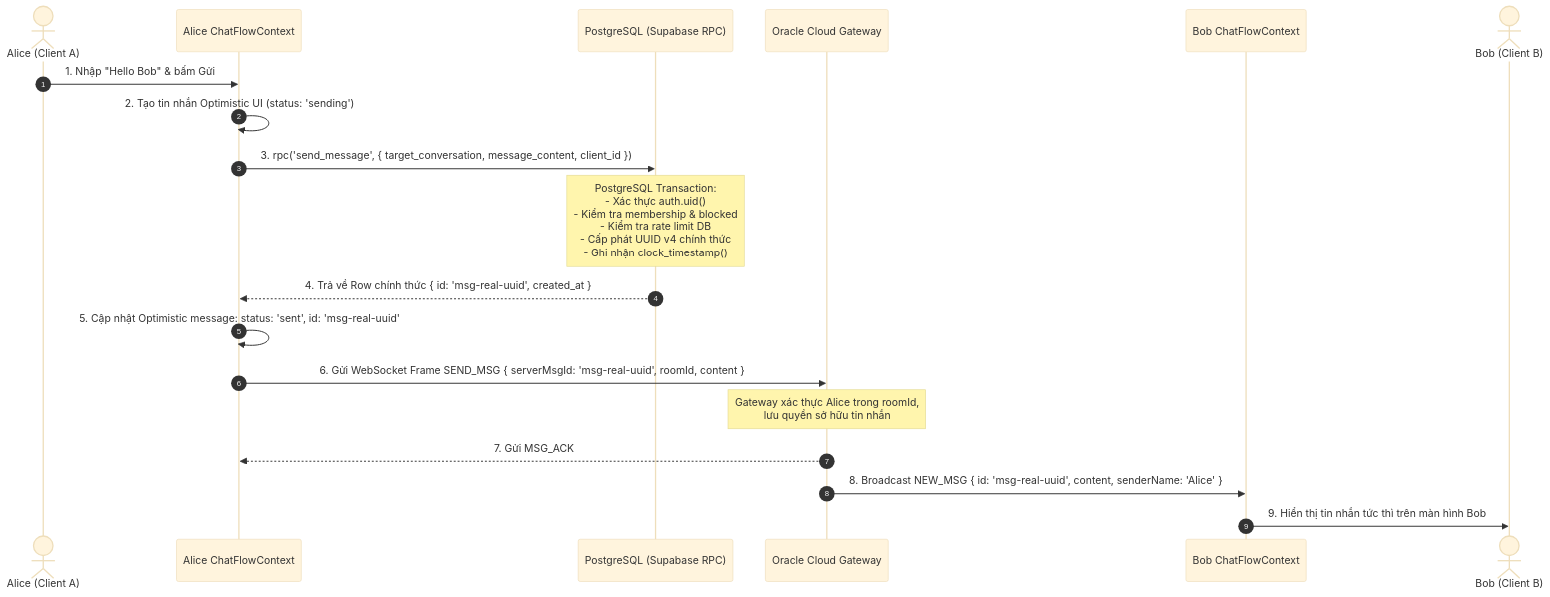
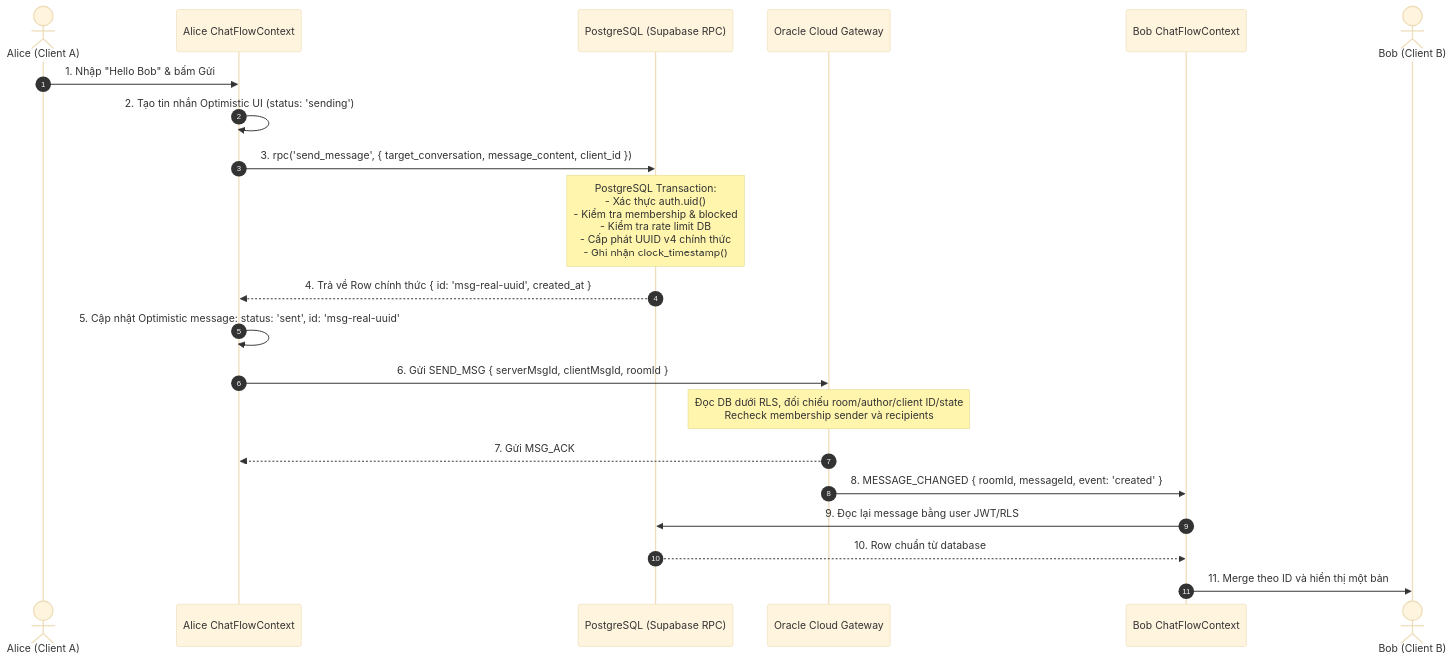
One commit to Asdb24/DoAnLapTrinhMang changed the second of 4 diagrams in README.md. Above: the diagram before and after it, drawn with Mermaid (base theme). The commit also changed other lines of this file and 42 other files, not shown here.

````diff
--- a/README.md
+++ b/README.md
@@ -112,22 +112,24 @@
 ```mermaid
 sequenceDiagram
     autonumber
     actor Alice as Alice (Client A)
     participant CtxA as Alice ChatFlowContext
     participant DB as PostgreSQL (Supabase RPC)
     participant GW as Oracle Cloud Gateway
     participant CtxB as Bob ChatFlowContext
     actor Bob as Bob (Client B)
 
     Alice->>CtxA: 1. Nhập "Hello Bob" & bấm Gửi
     CtxA->>CtxA: 2. Tạo tin nhắn Optimistic UI (status: 'sending')
     CtxA->>DB: 3. rpc('send_message', { target_conversation, message_content, client_id })
     Note over DB: PostgreSQL Transaction:<br/>- Xác thực auth.uid()<br/>- Kiểm tra membership & blocked<br/>- Kiểm tra rate limit DB<br/>- Cấp phát UUID v4 chính thức<br/>- Ghi nhận clock_timestamp()
     DB-->>CtxA: 4. Trả về Row chính thức { id: 'msg-real-uuid', created_at }
     CtxA->>CtxA: 5. Cập nhật Optimistic message: status: 'sent', id: 'msg-real-uuid'
-    CtxA->>GW: 6. Gửi WebSocket Frame SEND_MSG { serverMsgId: 'msg-real-uuid', roomId, content }
-    Note over GW: Gateway xác thực Alice trong roomId,<br/>lưu quyền sở hữu tin nhắn
+    CtxA->>GW: 6. Gửi SEND_MSG { serverMsgId, clientMsgId, roomId }
+    Note over GW: Đọc DB dưới RLS, đối chiếu room/author/client ID/state<br/>Recheck membership sender và recipients
     GW-->>CtxA: 7. Gửi MSG_ACK
-    GW->>CtxB: 8. Broadcast NEW_MSG { id: 'msg-real-uuid', content, senderName: 'Alice' }
-    CtxB->>Bob: 9. Hiển thị tin nhắn tức thì trên màn hình Bob
+    GW->>CtxB: 8. MESSAGE_CHANGED { roomId, messageId, event: 'created' }
+    CtxB->>DB: 9. Đọc lại message bằng user JWT/RLS
+    DB-->>CtxB: 10. Row chuẩn từ database
+    CtxB->>Bob: 11. Merge theo ID và hiển thị một bản
 ```
````
